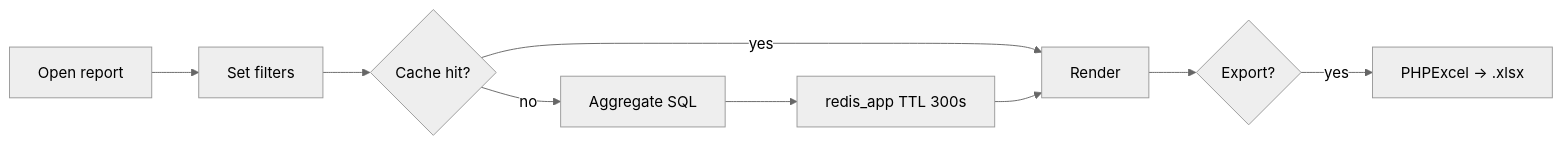
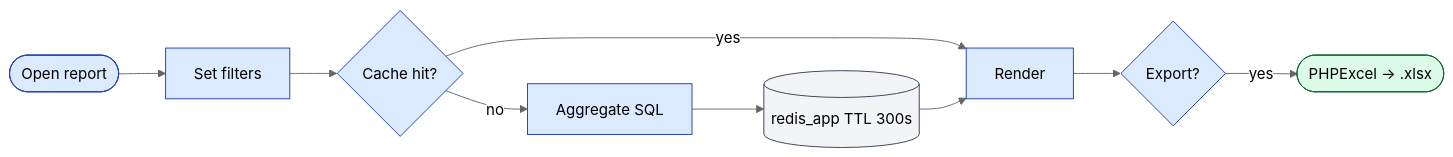
The diagram in docs/modules/report.md (jamshidtulaganov/sd-doc), drawn with Mermaid (neutral theme) before and after one commit. The commit also changed other lines of this file and 21 other files, not shown here.

````diff
--- a/docs/modules/report.md
+++ b/docs/modules/report.md
@@ -29,11 +59,22 @@
 ```mermaid
 flowchart LR
-  U[Open report] --> F[Set filters]
-  F --> CHK{Cache hit?}
-  CHK -->|yes| R[Render]
-  CHK -->|no| SQL[Aggregate SQL]
-  SQL --> CACHE[redis_app TTL 300s]
+  U(["Open report"]) --> F["Set filters"]
+  F --> CHK{"Cache hit?"}
+  CHK -->|yes| R["Render"]
+  CHK -->|no| SQL["Aggregate SQL"]
+  SQL --> CACHE[("redis_app TTL 300s")]
   CACHE --> R
-  R --> EX{Export?}
-  EX -->|yes| XLS[PHPExcel -> .xlsx]
+  R --> EX{"Export?"}
+  EX -->|yes| XLS(["PHPExcel -> .xlsx"])
+
+  classDef action   fill:#dbeafe,stroke:#1e40af,color:#000
+  classDef approval fill:#fef3c7,stroke:#92400e,color:#000
+  classDef success  fill:#dcfce7,stroke:#166534,color:#000
+  classDef reject   fill:#fee2e2,stroke:#991b1b,color:#000
+  classDef external fill:#f3f4f6,stroke:#374151,color:#000
+  classDef cron     fill:#ede9fe,stroke:#6d28d9,color:#000
+
+  class U,F,CHK,R,SQL,EX action
+  class CACHE external
+  class XLS success
 ```
````
